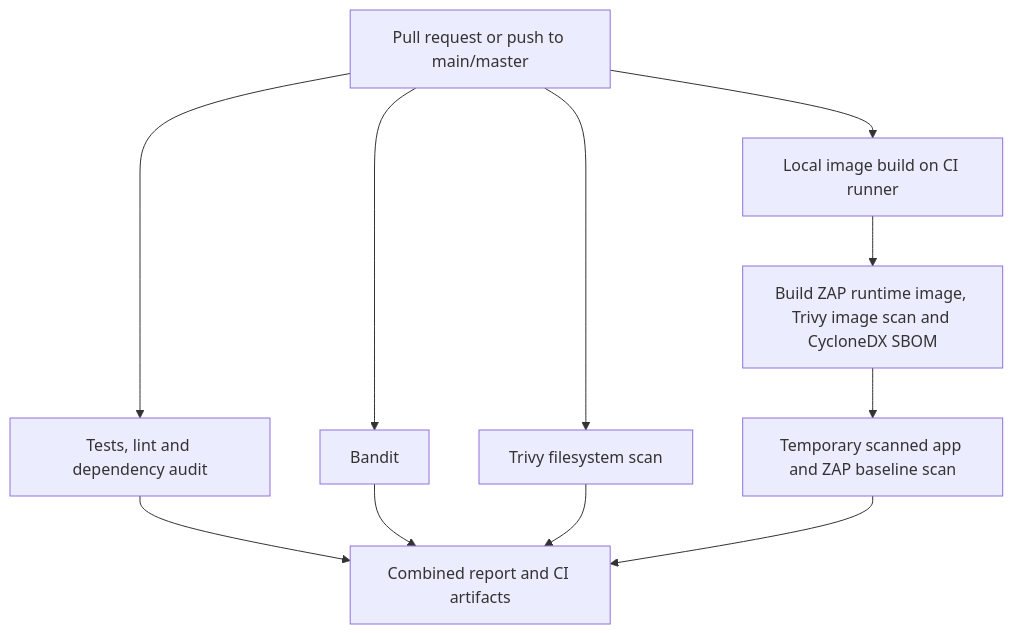
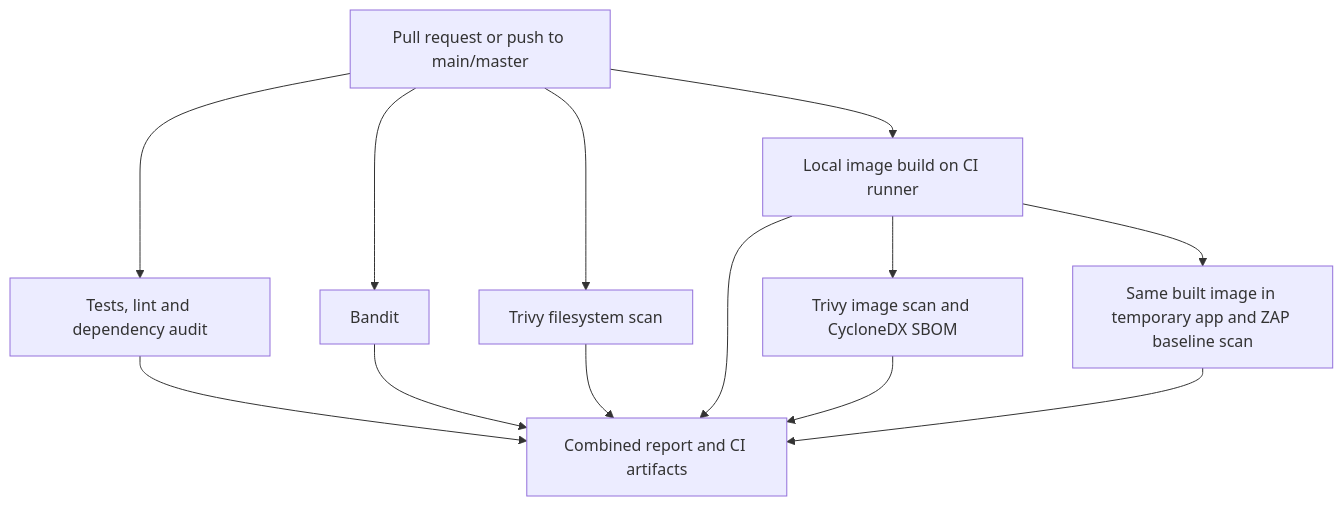
One commit to pfoseh-ops/ai-devsecops-platform changed the diagram in README.md. Above: the diagram before and after it, drawn with Mermaid. The commit also changed other lines of this file and 6 other files, not shown here.

````diff
--- a/README.md
+++ b/README.md
@@ -45,13 +45,15 @@
 ```mermaid
 flowchart TD
     trigger[Pull request or push to main/master] --> tests[Tests, lint and dependency audit]
     trigger --> sast[Bandit]
     trigger --> sca[Trivy filesystem scan]
     trigger --> build[Local image build on CI runner]
-    build --> image[Build ZAP runtime image, Trivy image scan and CycloneDX SBOM]
-    image --> dast[Temporary scanned app and ZAP baseline scan]
+    build --> image[Trivy image scan and CycloneDX SBOM]
+    build --> dast[Same built image in temporary app and ZAP baseline scan]
     tests --> report[Combined report and CI artifacts]
     sast --> report
     sca --> report
+    build --> report
+    image --> report
     dast --> report
 ```
````
